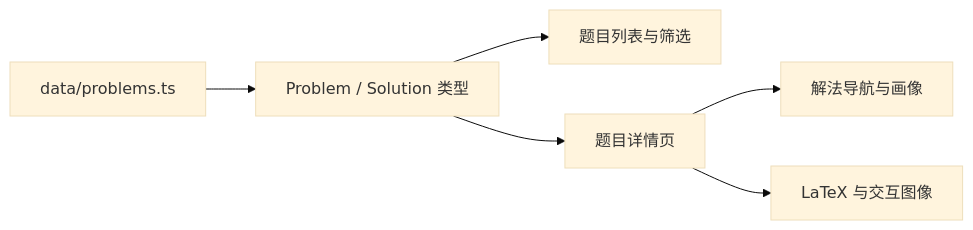
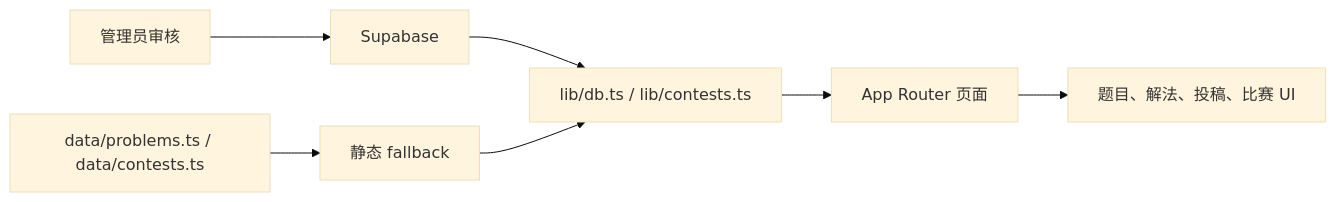
The diagram in README.md (XuanheGuo/ProofArena), drawn with Mermaid (base theme) before and after one commit. The commit also changed other lines of this file and 7 other files, not shown here.

````diff
--- a/README.md
+++ b/README.md
@@ -84,8 +105,9 @@
 ```mermaid
 flowchart LR
-    A["data/problems.ts"] --> B["Problem / Solution 类型"]
-    B --> C["题目列表与筛选"]
-    B --> D["题目详情页"]
-    D --> E["解法导航与画像"]
-    D --> F["LaTeX 与交互图像"]
+    A["data/problems.ts / data/contests.ts"] --> D["静态 fallback"]
+    B["Supabase"] --> C["lib/db.ts / lib/contests.ts"]
+    D --> C
+    C --> E["App Router 页面"]
+    E --> F["题目、解法、投稿、比赛 UI"]
+    G["管理员审核"] --> B
 ```
````
